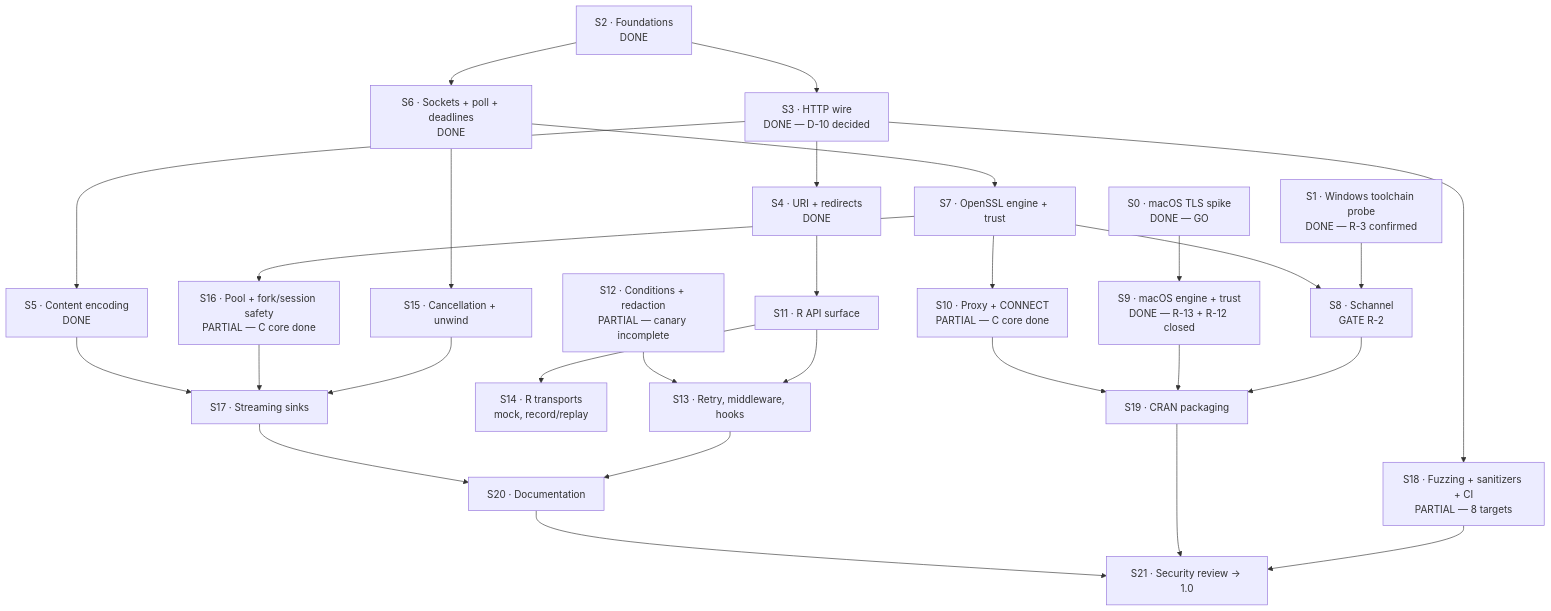
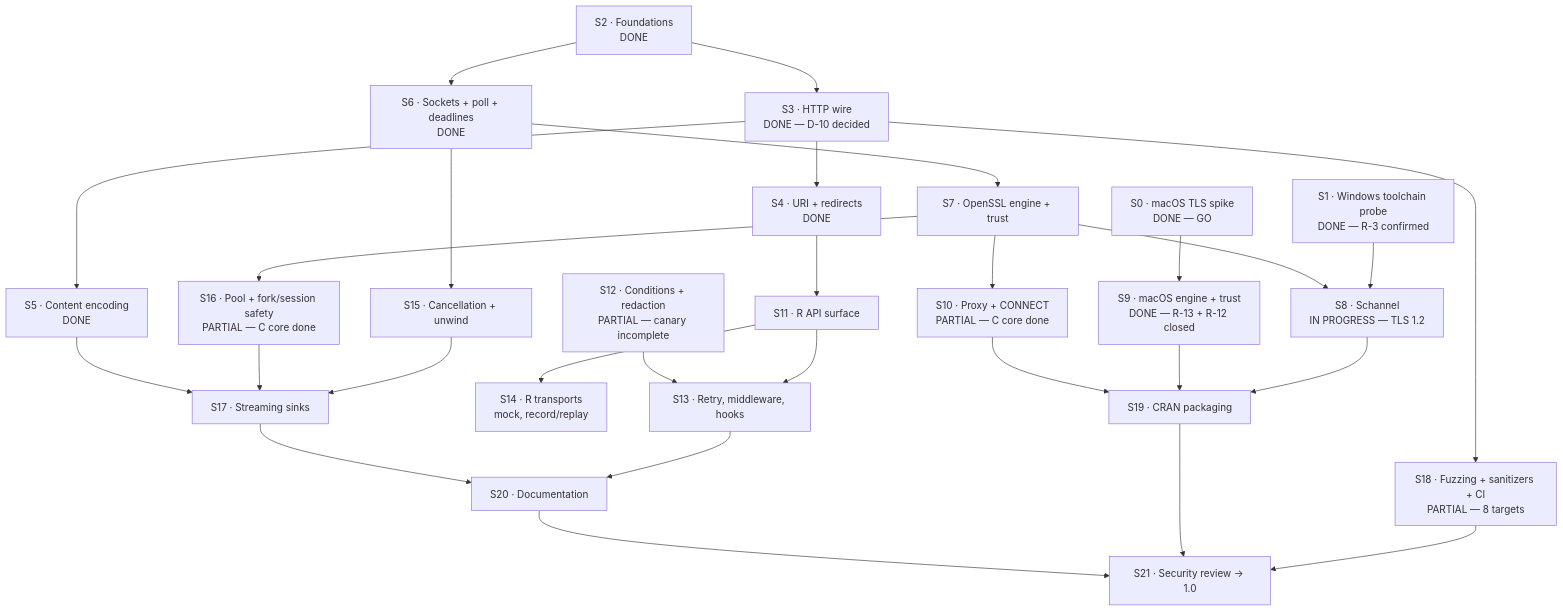
One commit to pedrobtz/zuhttp changed the diagram in roadmap.md. Above: the diagram before and after it, drawn with Mermaid. The commit also changed 5 other files, not shown here.

````diff
--- a/roadmap.md
+++ b/roadmap.md
@@ -28,58 +28,58 @@
 ```mermaid
 graph TD
     S0["S0 · macOS TLS spike<br/>DONE — GO"]
     S1["S1 · Windows toolchain probe<br/>DONE — R-3 confirmed"]
 
     S2["S2 · Foundations<br/>DONE"]
     S3["S3 · HTTP wire<br/>DONE — D-10 decided"]
     S4["S4 · URI + redirects<br/>DONE"]
     S5["S5 · Content encoding<br/>DONE"]
 
     S6["S6 · Sockets + poll + deadlines<br/>DONE"]
     S7["S7 · OpenSSL engine + trust"]
-    S8["S8 · Schannel<br/>GATE R-2"]
+    S8["S8 · Schannel<br/>IN PROGRESS — TLS 1.2"]
     S9["S9 · macOS engine + trust<br/>DONE — R-13 + R-12 closed"]
     S10["S10 · Proxy + CONNECT<br/>PARTIAL — C core done"]
 
     S11["S11 · R API surface"]
     S12["S12 · Conditions + redaction<br/>PARTIAL — canary incomplete"]
     S13["S13 · Retry, middleware, hooks"]
     S14["S14 · R transports<br/>mock, record/replay"]
 
     S15["S15 · Cancellation + unwind"]
     S16["S16 · Pool + fork/session safety<br/>PARTIAL — C core done"]
     S17["S17 · Streaming sinks"]
 
     S18["S18 · Fuzzing + sanitizers + CI<br/>PARTIAL — 8 targets"]
     S19["S19 · CRAN packaging"]
     S20["S20 · Documentation"]
     S21["S21 · Security review → 1.0"]
 
     S0 --> S9
     S1 --> S8
     S2 --> S3
     S2 --> S6
     S3 --> S4
     S3 --> S5
     S3 --> S18
     S6 --> S7
     S6 --> S15
     S7 --> S8
     S7 --> S10
     S7 --> S16
     S8 --> S19
     S9 --> S19
     S4 --> S11
     S11 --> S13
     S12 --> S13
     S11 --> S14
     S15 --> S17
     S16 --> S17
     S13 --> S20
     S17 --> S20
     S18 --> S21
     S19 --> S21
     S20 --> S21
     S10 --> S19
     S5 --> S17
 ```
````
